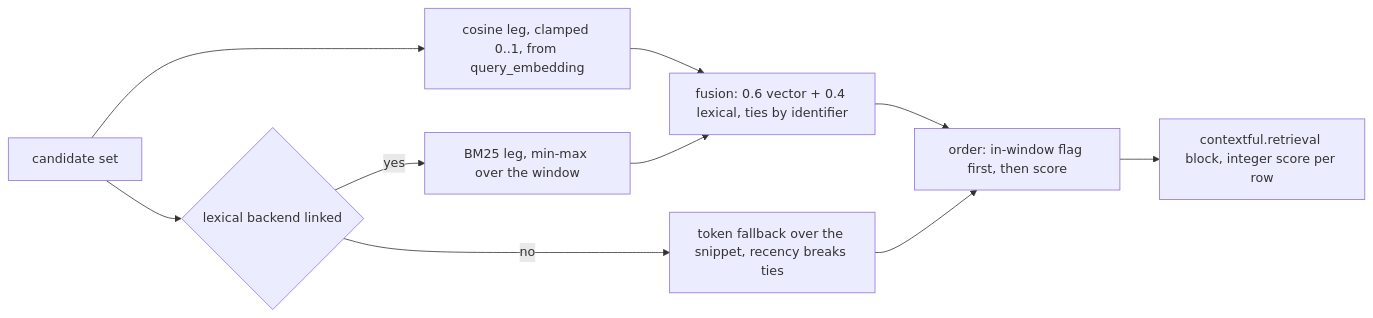
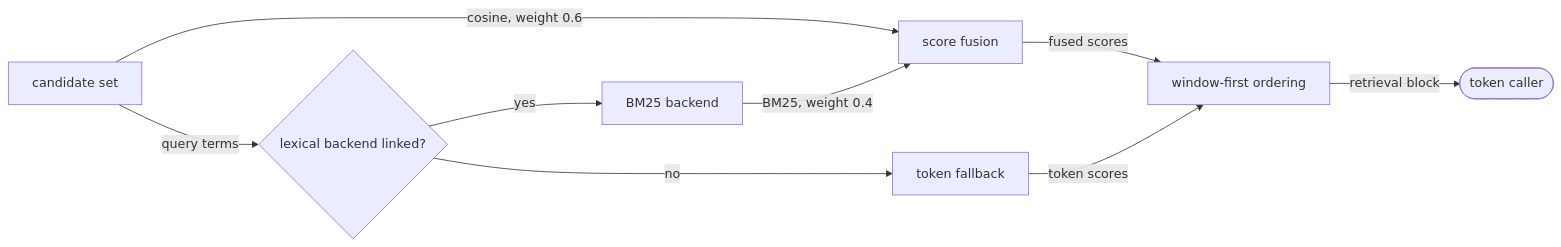
Before and after one commit to fractalboxdev/contextful: the fourth of 5 diagrams in spec/20-read.md, drawn with Mermaid. The commit also changed other lines of this file and 44 other files, not shown here.

First line of the commit message:
spec: diagrams draw entities and flows, and the checker enforces it (#12)

````diff
--- a/spec/20-read.md
+++ b/spec/20-read.md
@@ -270,12 +254,11 @@
 ```mermaid
 flowchart LR
-  C["candidate set"] --> V["cosine leg, clamped 0..1, from query_embedding"]
-  C --> L{"lexical backend linked"}
-  L -- "yes" --> B["BM25 leg, min-max over the window"]
-  L -- "no" --> TF["token fallback over the snippet, recency breaks ties"]
-  V --> FU["fusion: 0.6 vector + 0.4 lexical, ties by identifier"]
-  B --> FU
-  FU --> ORD["order: in-window flag first, then score"]
-  TF --> ORD
-  ORD --> BLK["contextful.retrieval block, integer score per row"]
+  C["candidate set"] -->|"cosine, weight 0.6"| FU["score fusion"]
+  C -->|"query terms"| L{"lexical backend linked?"}
+  L -->|"yes"| B["BM25 backend"]
+  L -->|"no"| TF["token fallback"]
+  B -->|"BM25, weight 0.4"| FU
+  FU -->|"fused scores"| ORD["window-first ordering"]
+  TF -->|"token scores"| ORD
+  ORD -->|"retrieval block"| OUT(["token caller"])
 ```
````
